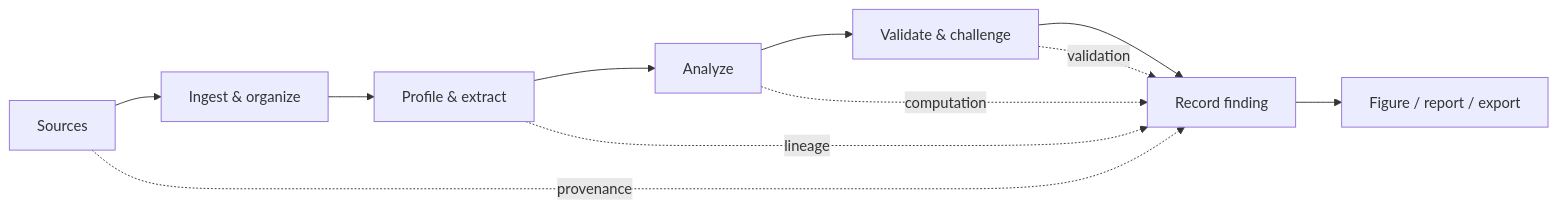
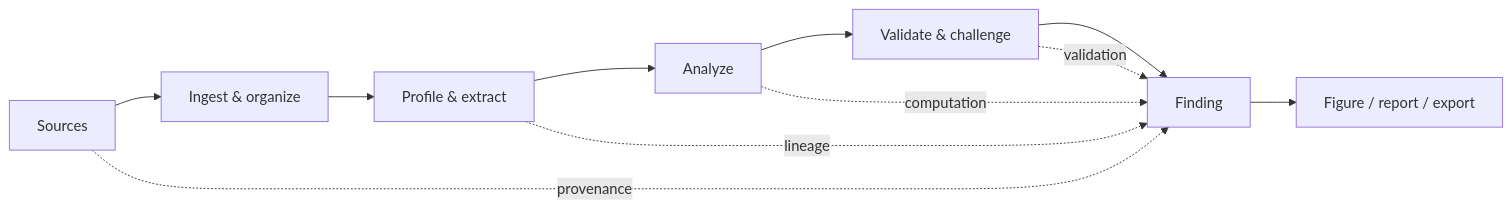
Before and after one commit to SarthakPattnaik1/throughline-os: the first of 31 diagrams in README.md, drawn with Mermaid. The commit also changed other lines of this file, not shown here.

````diff
--- a/README.md
+++ b/README.md
@@ -49,14 +85,14 @@
 ```mermaid
 flowchart LR
-    A[Sources] --> B[Ingest & organize]
-    B --> C[Profile & extract]
-    C --> D[Analyze]
-    D --> E[Validate & challenge]
-    E --> F[Record finding]
-    F --> G[Figure / report / export]
+    S[Sources] --> I[Ingest & organize]
+    I --> P[Profile & extract]
+    P --> A[Analyze]
+    A --> V[Validate & challenge]
+    V --> F[Finding]
+    F --> C[Figure / report / export]
 
-    A -. provenance .-> F
-    C -. lineage .-> F
-    D -. computation .-> F
-    E -. validation .-> F
+    S -. provenance .-> F
+    P -. lineage .-> F
+    A -. computation .-> F
+    V -. validation .-> F
 ```
````
